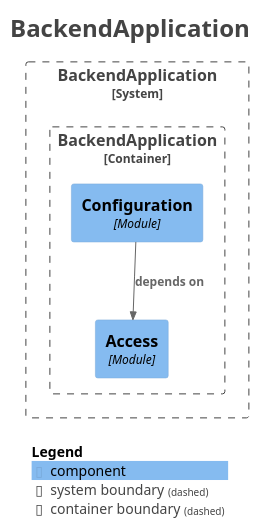
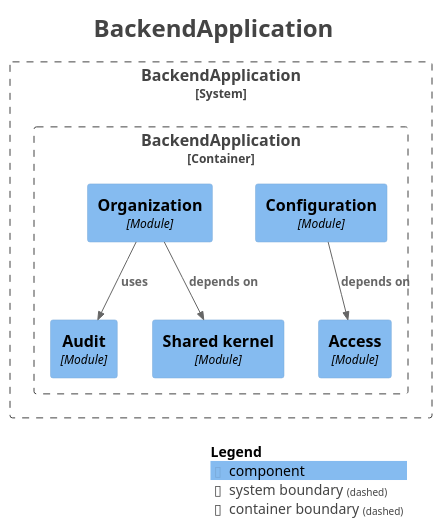
Before and after one commit to fxavier/restaurantePRO: the diagram in docs/architecture/modules/components.puml, drawn with PlantUML. The commit also changed 16 other files, not shown here.

```diff
--- a/docs/architecture/modules/components.puml
+++ b/docs/architecture/modules/components.puml
@@ -1,30 +1,35 @@
 @startuml
 title <size:24>BackendApplication</size>
 
 set separator none
 top to bottom direction
 
 <style>
   root {
     BackgroundColor: #ffffff
     FontColor: #444444
   }
 </style>
 
 !include <C4/C4>
 !include <C4/C4_Context>
 !include <C4/C4_Component>
 
 System_Boundary("BackendApplication_boundary", "BackendApplication", $tags="") {
   Container_Boundary("BackendApplication.BackendApplication_boundary", "BackendApplication", $tags="") {
     Component(BackendApplication.BackendApplication.Access, "Access", $techn="Module", $descr="", $tags="", $link="")
+    Component(BackendApplication.BackendApplication.Audit, "Audit", $techn="Module", $descr="", $tags="", $link="")
+    Component(BackendApplication.BackendApplication.Sharedkernel, "Shared kernel", $techn="Module", $descr="", $tags="", $link="")
     Component(BackendApplication.BackendApplication.Configuration, "Configuration", $techn="Module", $descr="", $tags="", $link="")
+    Component(BackendApplication.BackendApplication.Organization, "Organization", $techn="Module", $descr="", $tags="", $link="")
   }
 
 }
 
+Rel(BackendApplication.BackendApplication.Organization, BackendApplication.BackendApplication.Audit, "uses", $techn="", $tags="", $link="")
 Rel(BackendApplication.BackendApplication.Configuration, BackendApplication.BackendApplication.Access, "depends on", $techn="", $tags="", $link="")
+Rel(BackendApplication.BackendApplication.Organization, BackendApplication.BackendApplication.Sharedkernel, "depends on", $techn="", $tags="", $link="")
 
 SHOW_LEGEND(true)
 hide stereotypes
 @enduml
```
